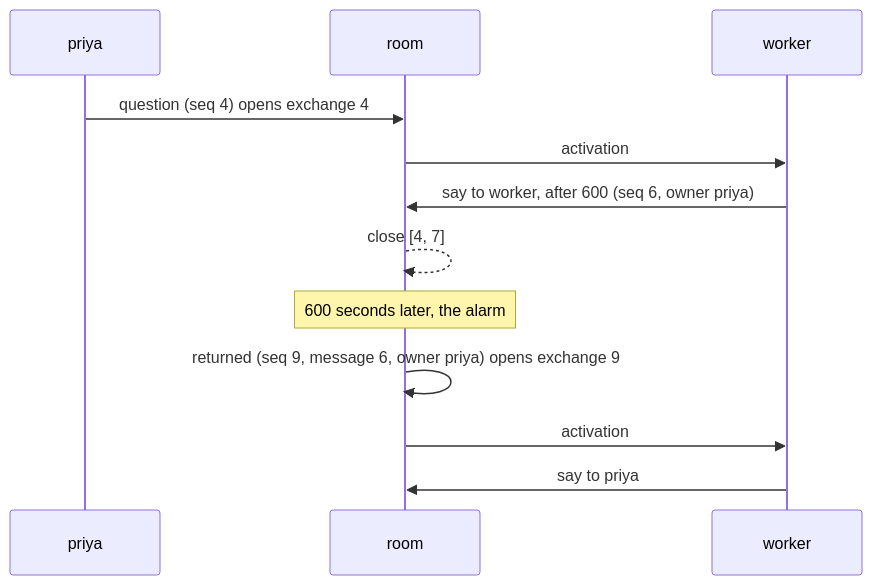
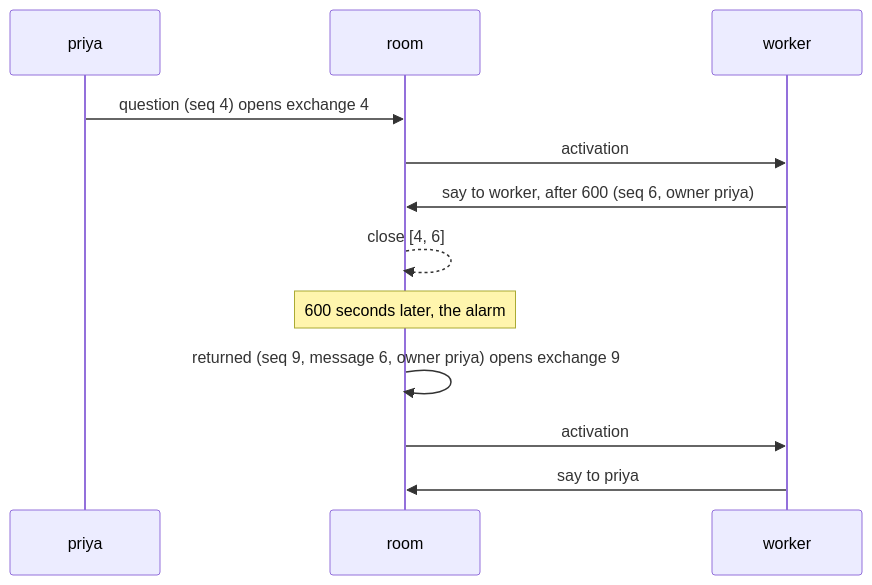
One commit to ambionframework/ambion changed the second of 2 diagrams in docs/exchange.md. Above: the diagram before and after it, drawn with Mermaid. The commit also changed other lines of this file and 8 other files, not shown here.

````diff
--- a/docs/exchange.md
+++ b/docs/exchange.md
@@ -77,14 +79,14 @@
 ```mermaid
 sequenceDiagram
     participant P as priya
     participant R as room
     participant W as worker
     P->>R: question (seq 4) opens exchange 4
     R->>W: activation
     W->>R: say to worker, after 600 (seq 6, owner priya)
-    R-->>R: close [4, 7]
+    R-->>R: close [4, 6]
     Note over R: 600 seconds later, the alarm
     R->>R: returned (seq 9, message 6, owner priya) opens exchange 9
     R->>W: activation
     W->>R: say to priya
 ```
````
